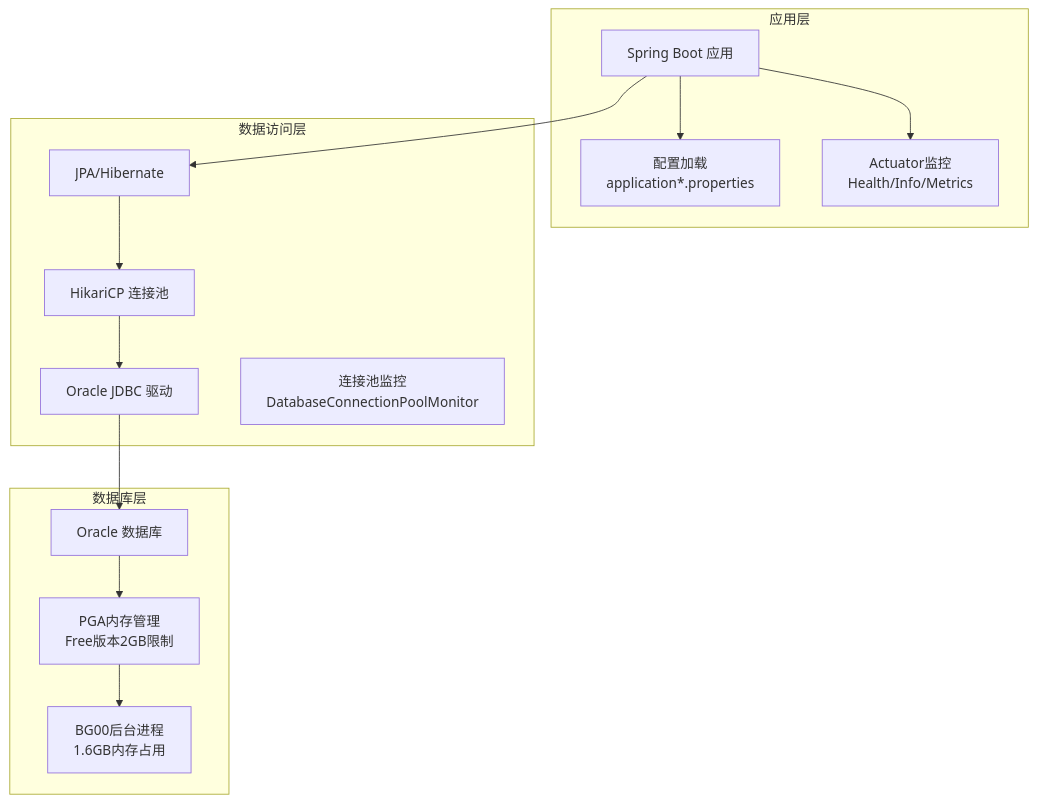
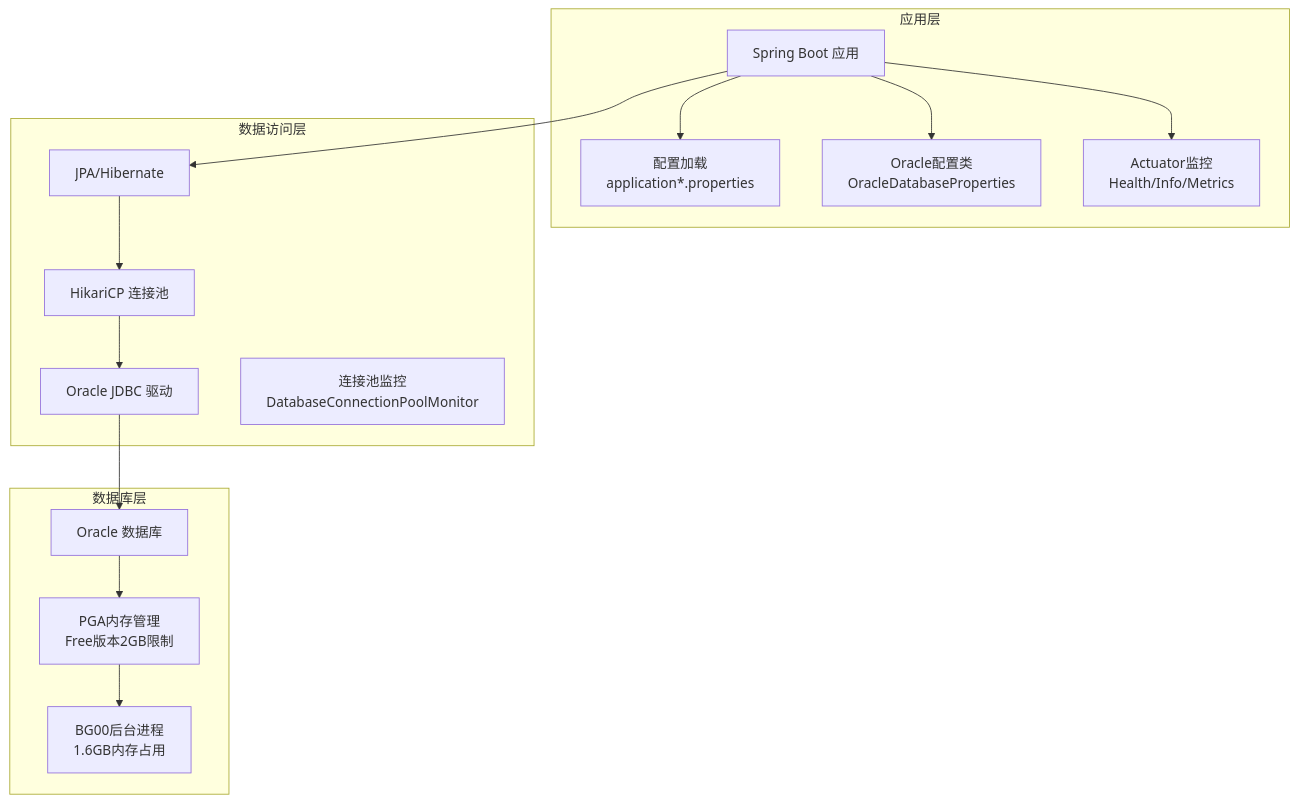
The second of 3 diagrams in .qoder/repowiki/zh/content/配置管理/数据库配置.md (liuzh2008/med_ai_assistant_workspace), drawn with Mermaid before and after one commit. The commit also changed other lines of this file and 4 other files, not shown here.

````diff
--- a/.qoder/repowiki/zh/content/配置管理/数据库配置.md
+++ b/.qoder/repowiki/zh/content/配置管理/数据库配置.md
@@ -113,27 +124,29 @@
 ```mermaid
 graph TB
 subgraph "应用层"
 APP["Spring Boot 应用"]
 CFG["配置加载<br/>application*.properties"]
+ORACLE_CFG["Oracle配置类<br/>OracleDatabaseProperties"]
 ENDPOINT["Actuator监控<br/>Health/Info/Metrics"]
 end
 subgraph "数据访问层"
 JPA["JPA/Hibernate"]
 HIK["HikariCP 连接池"]
 DRV["Oracle JDBC 驱动"]
 MONITOR["连接池监控<br/>DatabaseConnectionPoolMonitor"]
 end
 subgraph "数据库层"
 ORA["Oracle 数据库"]
 PGA["PGA内存管理<br/>Free版本2GB限制"]
 BG00["BG00后台进程<br/>1.6GB内存占用"]
 end
 APP --> CFG
+APP --> ORACLE_CFG
 APP --> ENDPOINT
 APP --> JPA
 JPA --> HIK
 HIK --> DRV
 DRV --> ORA
 ORA --> PGA
 PGA --> BG00
 ```
````
